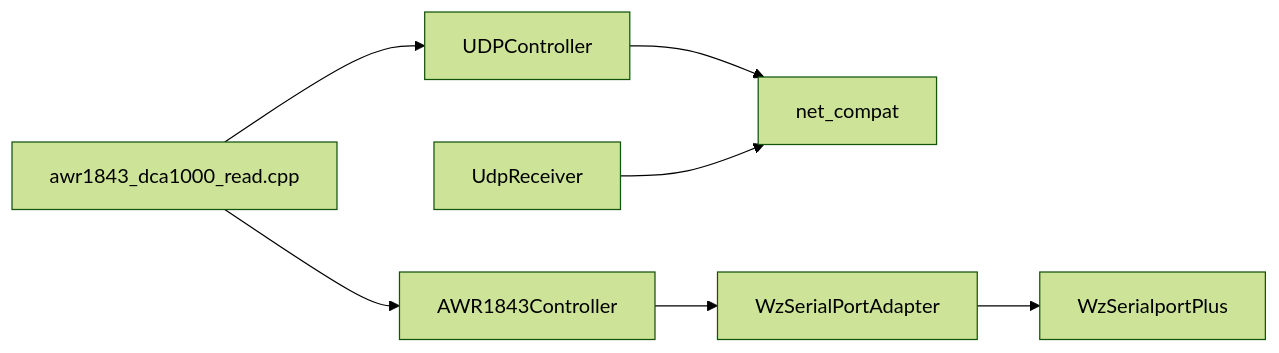
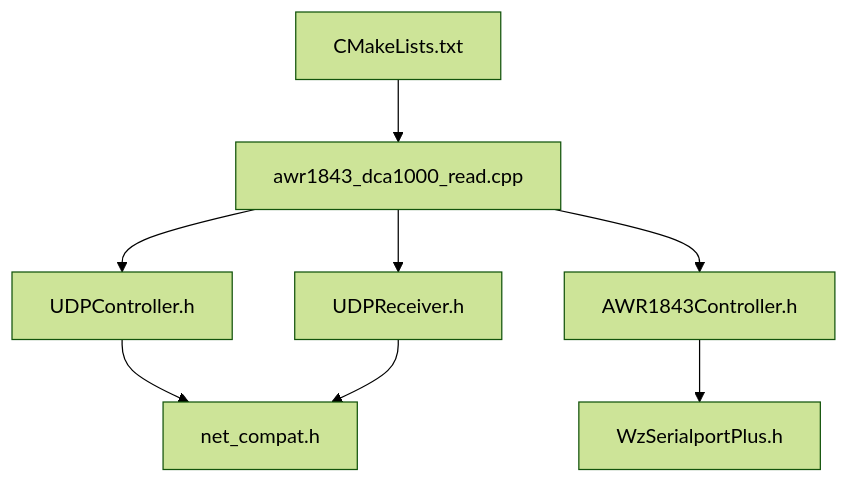
The seventh of 7 diagrams in .qoder/repowiki/zh/content/雷达与 DCA1000 设备控制/雷达与 DCA1000 设备控制.md (Lukad77/awr1843-radar-toolkit), drawn with Mermaid (forest theme) before and after one commit. The commit also changed other lines of this file and 106 other files, not shown here.

````diff
--- a/.qoder/repowiki/zh/content/雷达与 DCA1000 设备控制/雷达与 DCA1000 设备控制.md
+++ b/.qoder/repowiki/zh/content/雷达与 DCA1000 设备控制/雷达与 DCA1000 设备控制.md
@@ -262,9 +263,17 @@
 ```mermaid
-graph LR
-Main["awr1843_dca1000_read.cpp"] --> UDC["UDPController"]
-Main --> ARCTRL["AWR1843Controller"]
-UDC --> NET["net_compat"]
-ARCTRL --> ADPT["WzSerialPortAdapter"]
-ADPT --> WZP["WzSerialportPlus"]
-RX["UdpReceiver"] --> NET
+graph TB
+CMake["CMakeLists.txt"]
+Main["awr1843_dca1000_read.cpp"]
+UDC["UDPController.h"]
+AWR["AWR1843Controller.h"]
+RX["UDPReceiver.h"]
+NET["net_compat.h"]
+SER["WzSerialportPlus.h"]
+CMake --> Main
+Main --> UDC
+Main --> AWR
+Main --> RX
+UDC --> NET
+AWR --> SER
+RX --> NET
 ```
````
